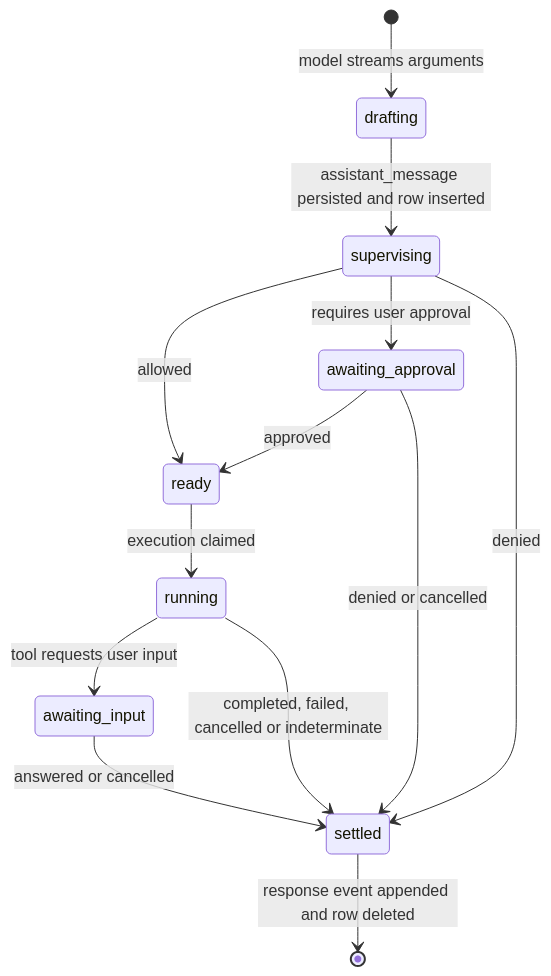
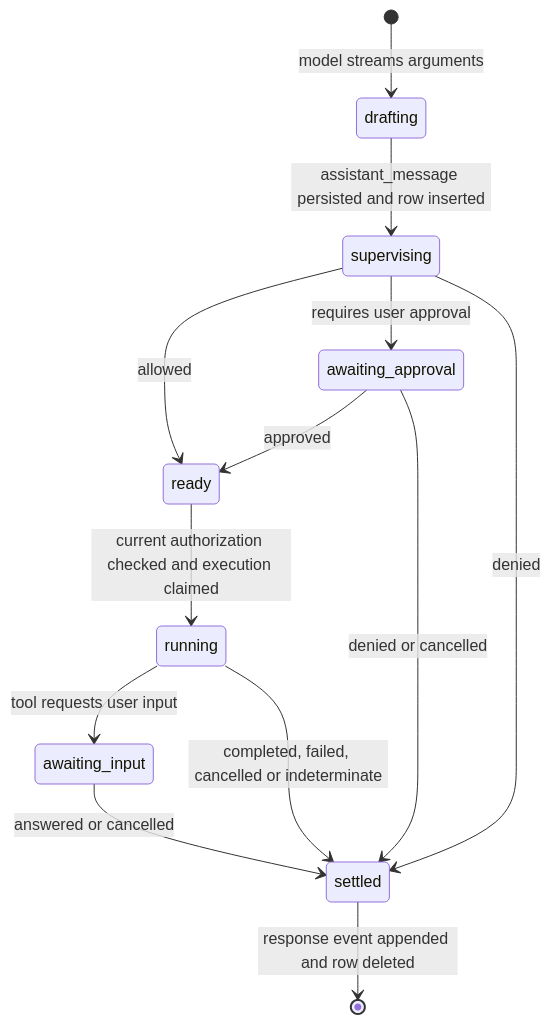
Before and after one commit to ThilinaTLM/nerve: the diagram in docs/architecture/conversation-core/tool-call-lifecycle.md, drawn with Mermaid. The commit also changed other lines of this file and 788 other files, not shown here.

````diff
--- a/docs/architecture/conversation-core/tool-call-lifecycle.md
+++ b/docs/architecture/conversation-core/tool-call-lifecycle.md
@@ -9,15 +9,15 @@
 ```mermaid
 stateDiagram-v2
     [*] --> drafting: model streams arguments
     drafting --> supervising: assistant_message persisted and row inserted
     supervising --> ready: allowed
     supervising --> awaiting_approval: requires user approval
     supervising --> settled: denied
     awaiting_approval --> ready: approved
     awaiting_approval --> settled: denied or cancelled
-    ready --> running: execution claimed
+    ready --> running: current authorization checked and execution claimed
     running --> awaiting_input: tool requests user input
     awaiting_input --> settled: answered or cancelled
     running --> settled: completed, failed, cancelled or indeterminate
     settled --> [*]: response event appended and row deleted
 ```
````
